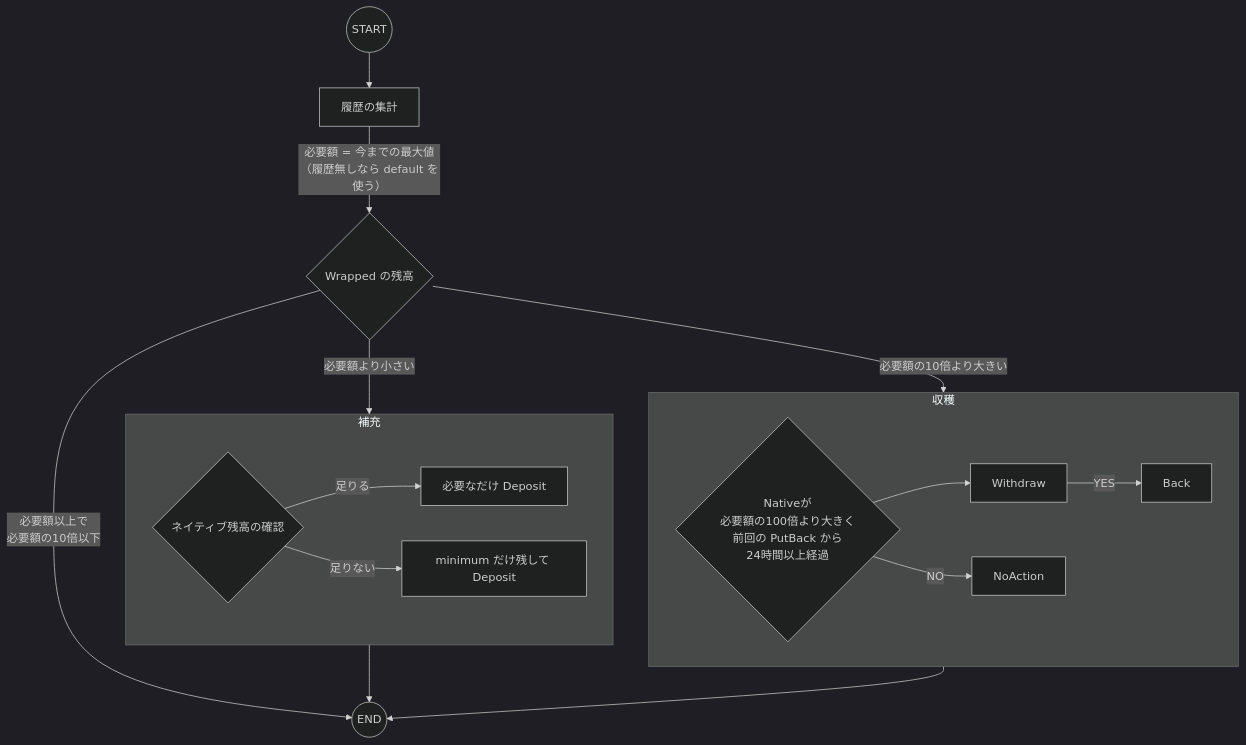
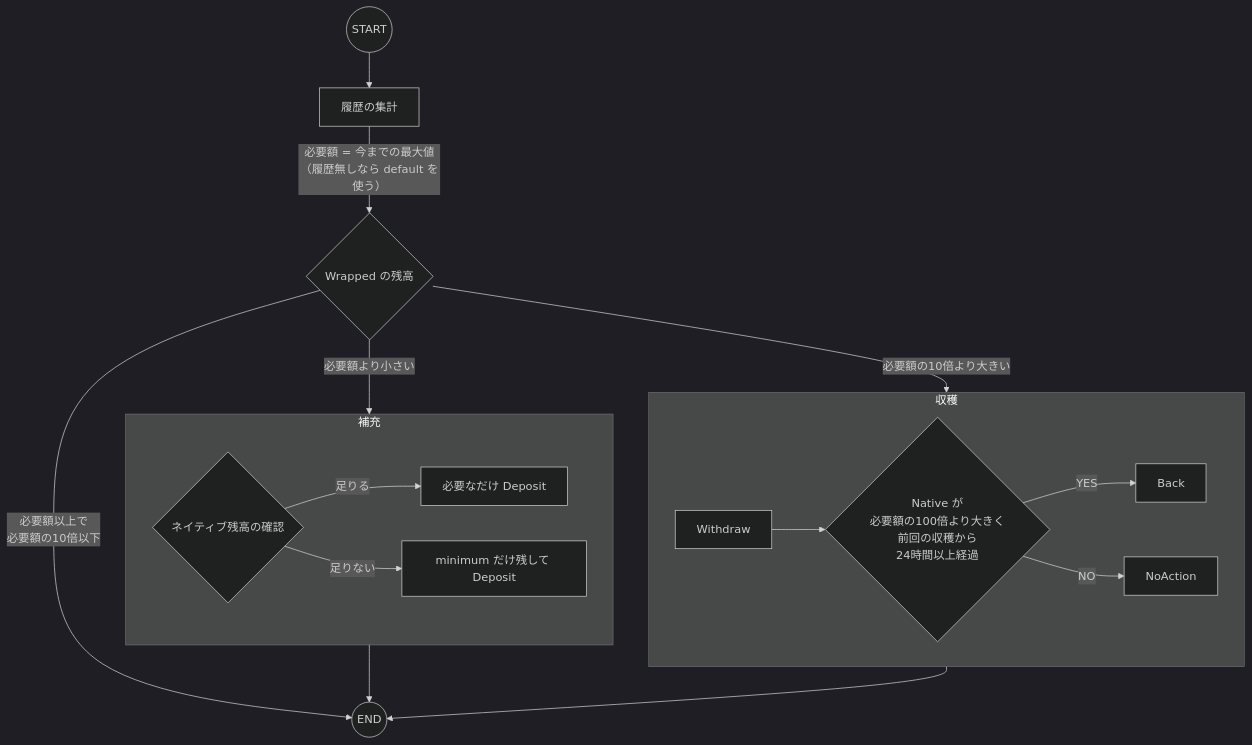
The diagram in diagram/account_balance.mermaid (fathens/zaciraci), drawn with Mermaid (dark theme) before and after one commit. The commit also changed 3 other files, not shown here.

```diff
--- a/diagram/account_balance.mermaid
+++ b/diagram/account_balance.mermaid
@@ -1,22 +1,21 @@
 graph TD
     Start((START)) --> StatsHistory[履歴の集計]
     StatsHistory -->|必要額 = 今までの最大値<br>（履歴無しなら default を使う）| WrappedAmount{Wrapped の残高}
     WrappedAmount -->|必要額の10倍より大きい| Harvest
     WrappedAmount -->|必要額以上で<br>必要額の10倍以下| End((END))
     WrappedAmount -->|必要額より小さい| Refill
 
     subgraph Refill[補充]
         CheckNative{ネイティブ残高の確認}
         CheckNative -->|足りる| DepositFull[必要なだけ Deposit]
         CheckNative -->|足りない| DepositLess[minimum だけ残して Deposit]
     end
 
     subgraph Harvest[収穫]
-        NativeAmount{Nativeが<br>必要額の100倍より大きく<br>前回の PutBack から<br>24時間以上経過}
-        NativeAmount --> Withdraw
-        Withdraw -->|YES| Back
+        Withdraw --> NativeAmount{Native が<br>必要額の100倍より大きく<br>前回の収穫から<br>24時間以上経過}
+        NativeAmount -->|YES| Back
         NativeAmount -->|NO| NoAction
     end
 
     Refill --> End
     Harvest --> End
```
